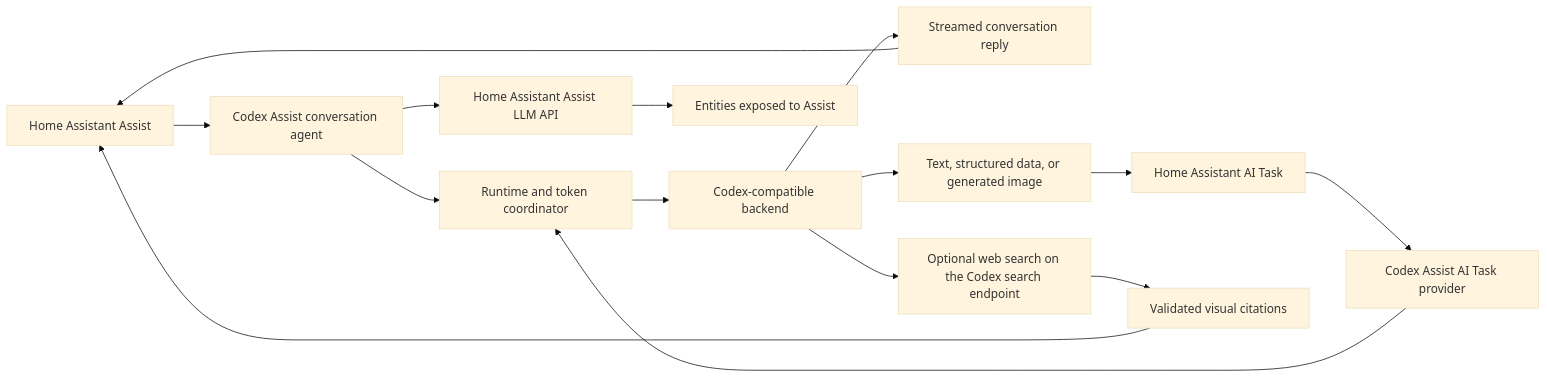
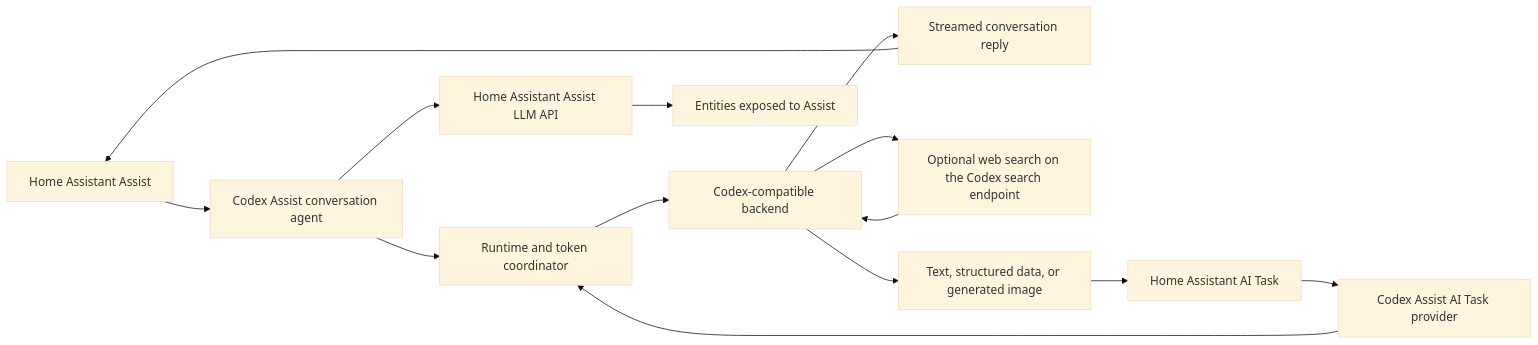
Before and after one commit to itsreverence/ha-codex-assist: the diagram in docs/ARCHITECTURE.md, drawn with Mermaid (base theme). The commit also changed other lines of this file and 14 other files, not shown here.

````diff
--- a/docs/ARCHITECTURE.md
+++ b/docs/ARCHITECTURE.md
@@ -5,21 +5,20 @@
 ```mermaid
 flowchart LR
     Assist[Home Assistant Assist] --> Conversation[Codex Assist conversation agent]
     AITask[Home Assistant AI Task] --> Provider[Codex Assist AI Task provider]
 
     Conversation --> Runtime[Runtime and token coordinator]
     Provider --> Runtime
     Runtime --> Codex[Codex-compatible backend]
 
     Conversation --> Bridge[Home Assistant Assist LLM API]
     Bridge --> Exposed[Entities exposed to Assist]
 
     Codex --> Reply[Streamed conversation reply]
     Codex --> Search[Optional web search on the Codex search endpoint]
-    Search --> Citations[Validated visual citations]
+    Search --> Codex
     Codex --> TaskResult[Text, structured data, or generated image]
 
     Reply --> Assist
-    Citations --> Assist
     TaskResult --> AITask
 ```
````
